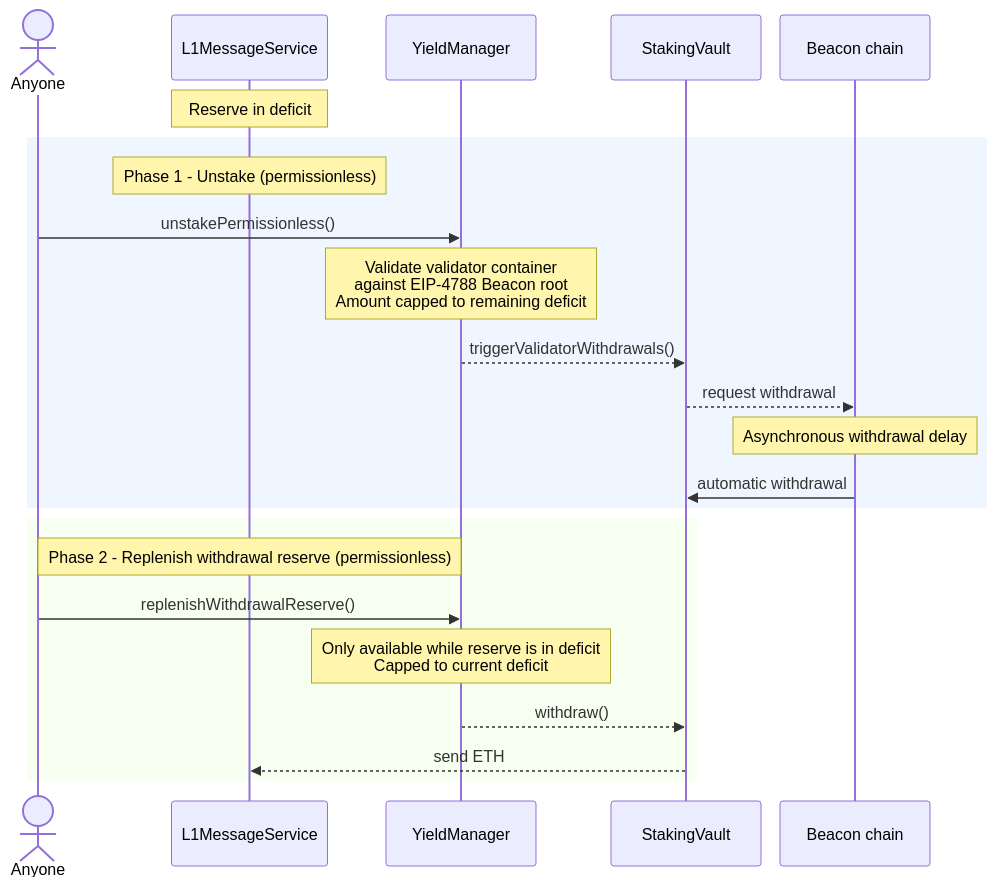
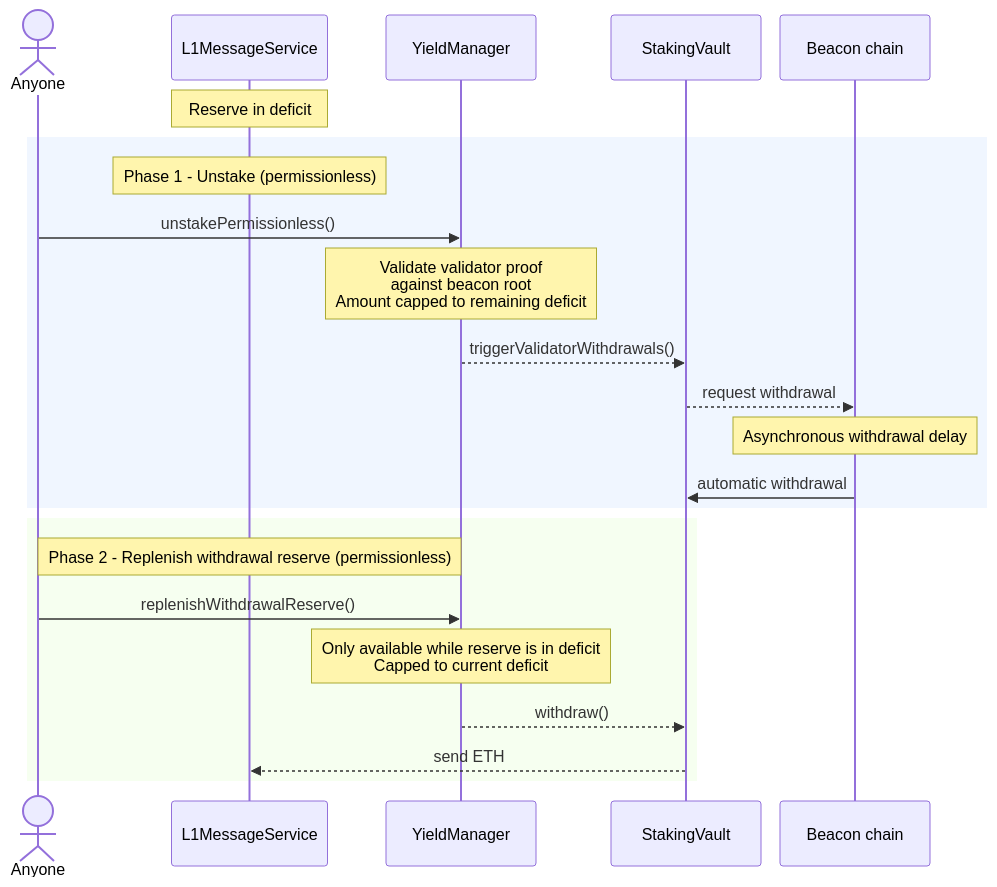
The sixth of 8 diagrams in docs/network/overview/yield-boost/architecture.mdx (Consensys/doc.linea), drawn with Mermaid before and after one commit. The commit also changed other lines of this file, not shown here.

First line of the commit message:
docs(yield-boost): de-scope architecture page to high-level flows

````diff
--- a/docs/network/overview/yield-boost/architecture.mdx
+++ b/docs/network/overview/yield-boost/architecture.mdx
@@ -348,34 +342,34 @@
 ```mermaid
 %%{init: {
   "sequence": {
     "useMaxWidth": true,
     "actorMargin": 0,
     "width": 150
   }
 }}%%
 sequenceDiagram
     actor U as Anyone
     participant L1 as L1MessageService
     participant YM as YieldManager
     participant SV as StakingVault
     participant BC as Beacon chain
     Note over L1: Reserve in deficit
 
     rect rgba(230, 240, 255, 0.6)
         Note over L1: Phase 1 - Unstake (permissionless)
         U->>YM: unstakePermissionless()
-        Note over YM: Validate validator container<br/>against EIP-4788 Beacon root<br/>Amount capped to remaining deficit
+        Note over YM: Validate validator proof<br/>against beacon root<br/>Amount capped to remaining deficit
         YM-->>SV: triggerValidatorWithdrawals()
         SV-->>BC: request withdrawal
         Note over BC: Asynchronous withdrawal delay
         BC->>SV: automatic withdrawal
     end
 
     rect rgba(240, 255, 230, 0.6)
         Note over L1: Phase 2 - Replenish withdrawal reserve (permissionless)
         U->>YM: replenishWithdrawalReserve()
         Note over YM: Only available while reserve is in deficit<br/>Capped to current deficit
         YM-->>SV: withdraw()
         SV-->>L1: send ETH
     end
 ```
````
